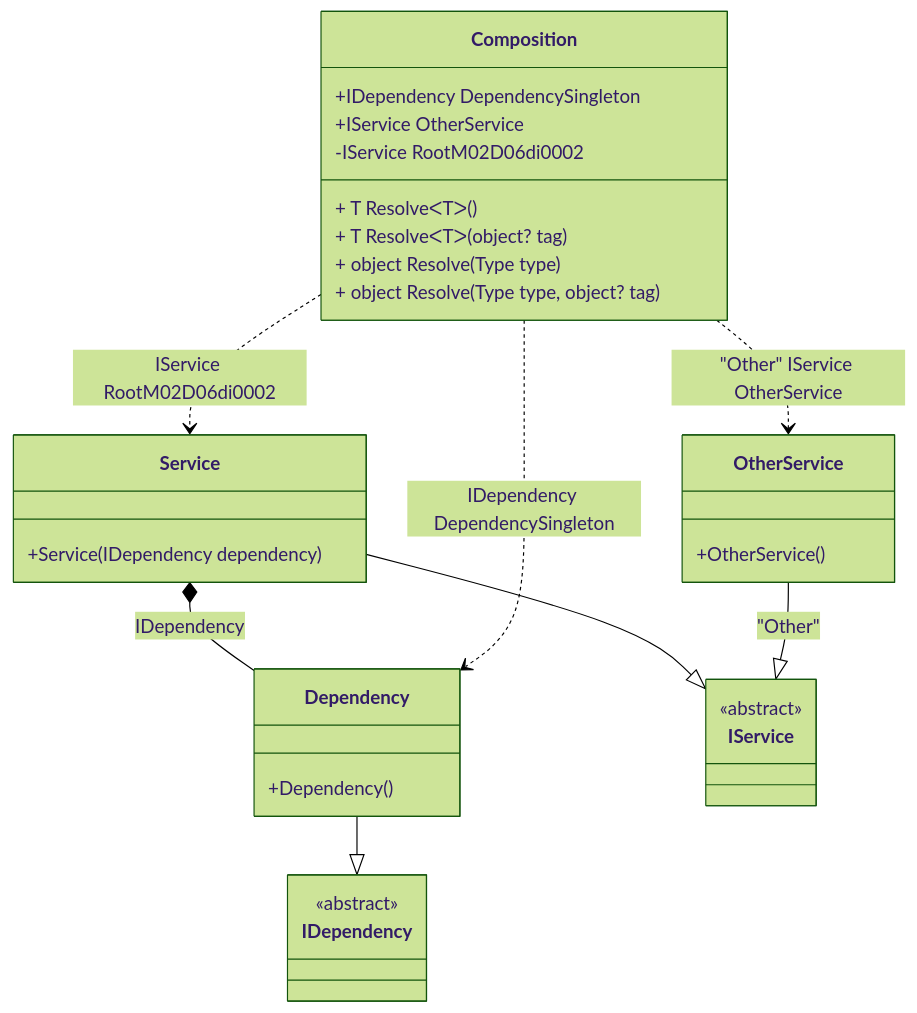
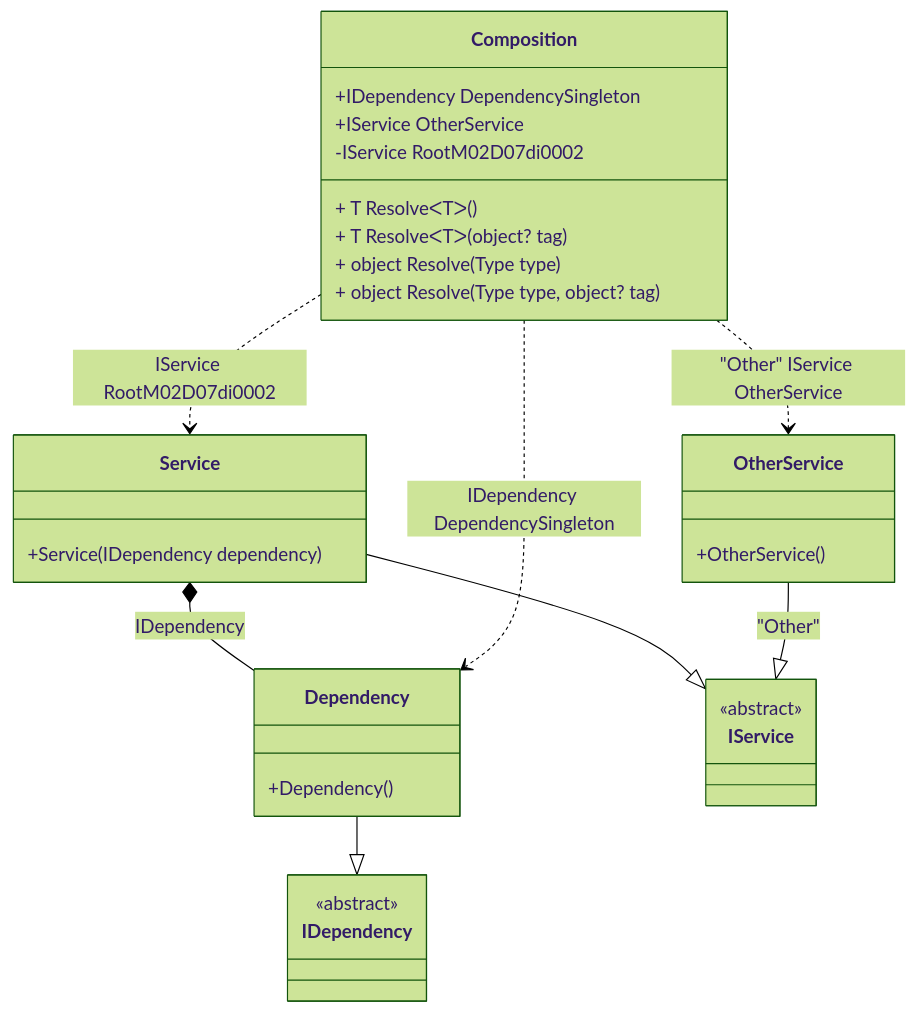
One commit to DevTeam/Pure.DI changed the diagram in readme/resolve-methods.md. Above: the diagram before and after it, drawn with Mermaid (forest theme). The commit also changed other lines of this file and 65 other files, not shown here.

````diff
--- a/readme/resolve-methods.md
+++ b/readme/resolve-methods.md
@@ -43,34 +43,34 @@
 ```mermaid
 classDiagram
   class Composition {
     +IDependency DependencySingleton
     +IService OtherService
-    -IService RootM02D06di0002
+    -IService RootM02D07di0002
     + T ResolveᐸTᐳ()
     + T ResolveᐸTᐳ(object? tag)
     + object Resolve(Type type)
     + object Resolve(Type type, object? tag)
   }
   Dependency --|> IDependency : 
   class Dependency {
     +Dependency()
   }
   Service --|> IService : 
   class Service {
     +Service(IDependency dependency)
   }
   OtherService --|> IService : "Other" 
   class OtherService {
     +OtherService()
   }
   class IDependency {
     <<abstract>>
   }
   class IService {
     <<abstract>>
   }
   Service *--  Dependency : IDependency
   Composition ..> Dependency : IDependency DependencySingleton
-  Composition ..> Service : IService RootM02D06di0002
+  Composition ..> Service : IService RootM02D07di0002
   Composition ..> OtherService : "Other" IService OtherService
 ```
````
